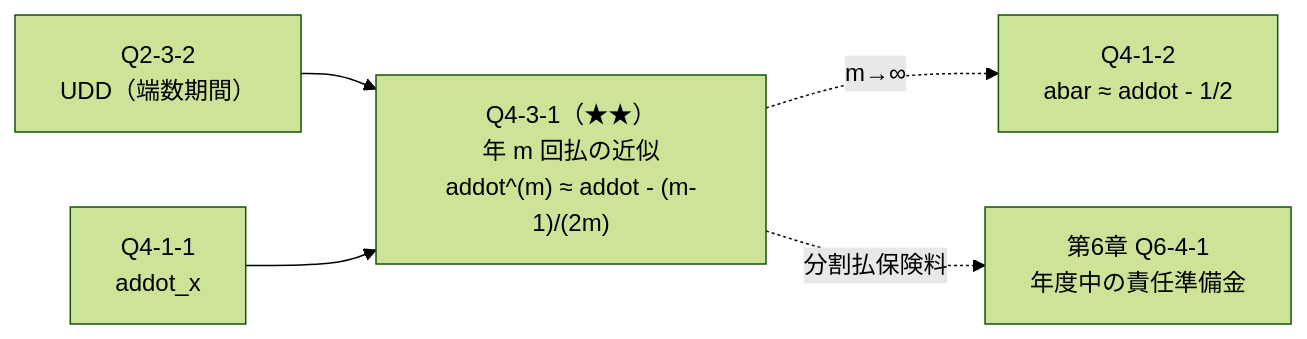
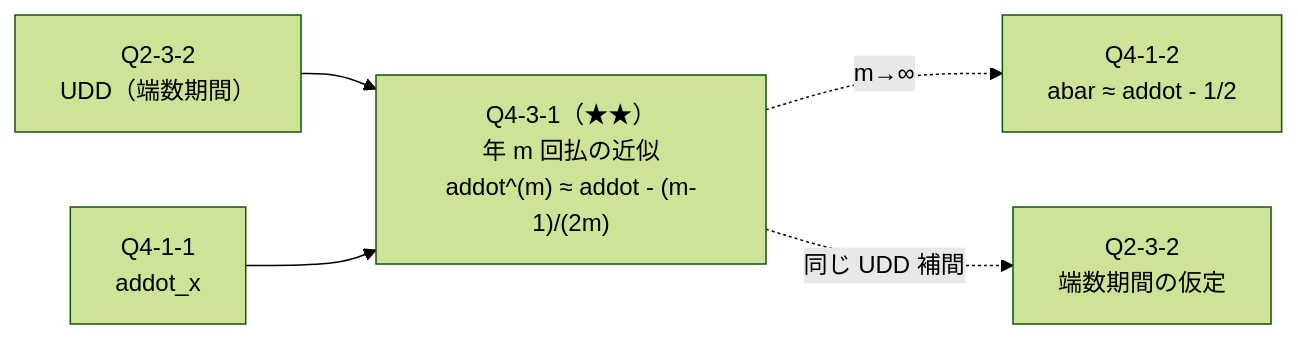
The fifth of 7 diagrams in docs/02_本文/第04章_生命年金.md (nrok691/seiho), drawn with Mermaid (forest theme) before and after one commit. The commit also changed other lines of this file and 4 other files, not shown here.

````diff
--- a/docs/02_本文/第04章_生命年金.md
+++ b/docs/02_本文/第04章_生命年金.md
@@ -1972,7 +1972,7 @@
 ```mermaid
 flowchart LR
     Z["Q2-3-2<br/>UDD（端数期間）"] --> A
     Y["Q4-1-1<br/>addot_x"] --> A
     A["Q4-3-1（★★）<br/>年 m 回払の近似<br/>addot^(m) ≈ addot - (m-1)/(2m)"] -.->|"m→∞"| B["Q4-1-2<br/>abar ≈ addot - 1/2"]
-    A -.->|"分割払保険料"| C["第6章 Q6-4-1<br/>年度中の責任準備金"]
+    A -.->|"同じ UDD 補間"| C["Q2-3-2<br/>端数期間の仮定"]
 ```
````
